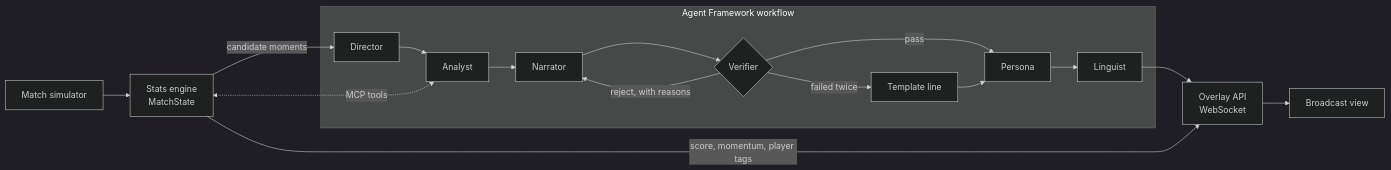
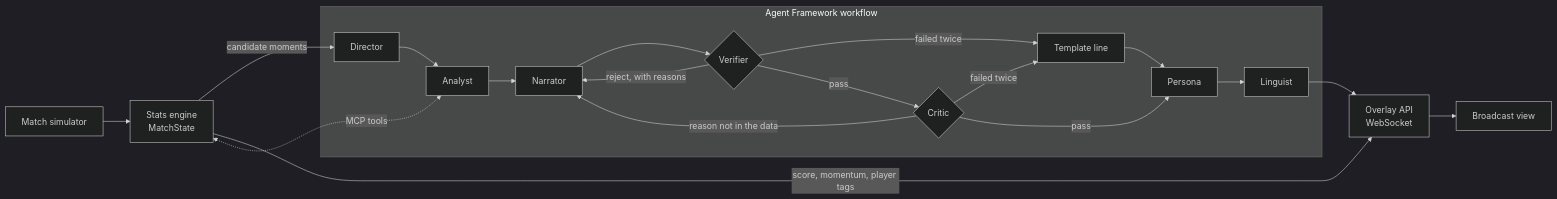
One commit to Wolverine-07/pitchside changed the diagram in README.md. Above: the diagram before and after it, drawn with Mermaid (dark theme). The commit also changed other lines of this file and 5 other files, not shown here.

Commit message:
Clean /overlay graphics feed for OBS; a second layer against plain hijack prompts; README for the Critic, Content Safety and catch-up

````diff
--- a/README.md
+++ b/README.md
@@ -41,15 +42,18 @@
 ```mermaid
 flowchart LR
     sim[Match simulator] --> stats[Stats engine<br/>MatchState]
     stats -- candidate moments --> D
     subgraph wf [Agent Framework workflow]
         D[Director] --> A[Analyst] --> N[Narrator] --> V{Verifier}
         V -- reject, with reasons --> N
         V -- failed twice --> T[Template line]
-        V -- pass --> P[Persona]
+        V -- pass --> C{Critic}
+        C -- reason not in the data --> N
+        C -- failed twice --> T
+        C -- pass --> P[Persona]
         T --> P --> L[Linguist]
     end
     A <-. MCP tools .-> stats
     L --> O[Overlay API<br/>WebSocket] --> UI[Broadcast view]
     stats -- score, momentum, player tags --> O
 ```
````
